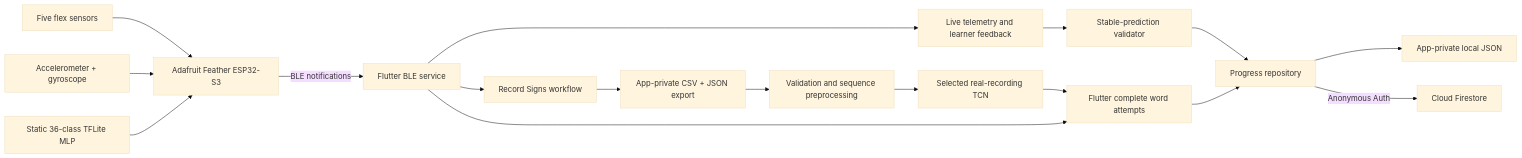
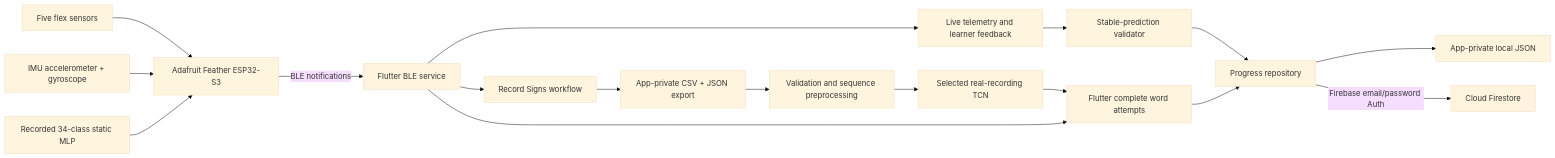
One commit to GG1627/helping-hand changed the diagram in README.md. Above: the diagram before and after it, drawn with Mermaid (base theme). The commit also changed other lines of this file and 11 other files, not shown here.

````diff
--- a/README.md
+++ b/README.md
@@ -128,19 +168,19 @@
 ```mermaid
 flowchart LR
     FLEX[Five flex sensors] --> ESP[Adafruit Feather ESP32-S3]
-    IMU[Accelerometer + gyroscope] --> ESP
-    MODEL[Static 36-class TFLite MLP] --> ESP
+    IMU[IMU accelerometer + gyroscope] --> ESP
+    MODEL[Recorded 34-class static MLP] --> ESP
     ESP -->|BLE notifications| BLE[Flutter BLE service]
     BLE --> LIVE[Live telemetry and learner feedback]
     LIVE --> TRACKER[Stable-prediction validator]
     TRACKER --> PROGRESS[Progress repository]
     PROGRESS --> LOCAL[App-private local JSON]
-    PROGRESS -->|Anonymous Auth| FIRESTORE[Cloud Firestore]
+    PROGRESS -->|Firebase email/password Auth| FIRESTORE[Cloud Firestore]
     BLE --> RECORD[Record Signs workflow]
     RECORD --> FILES[App-private CSV + JSON export]
     FILES --> BACKEND[Validation and sequence preprocessing]
     BACKEND --> WORDMODEL[Selected real-recording TCN]
     WORDMODEL --> WORDPRACTICE[Flutter complete word attempts]
     BLE --> WORDPRACTICE
     WORDPRACTICE --> PROGRESS
 ```
````
